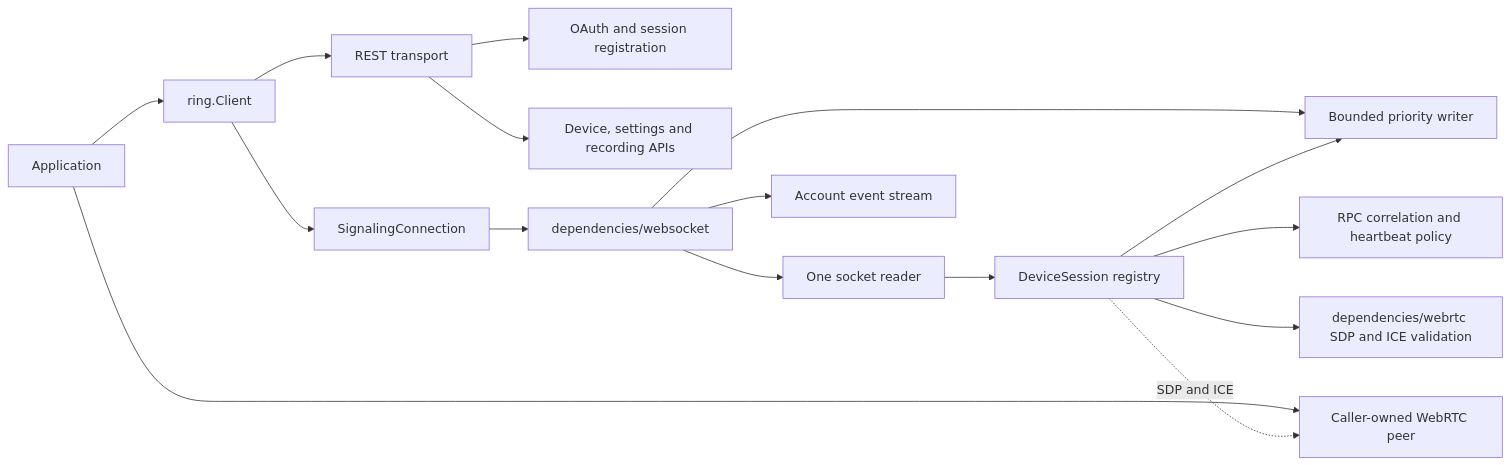
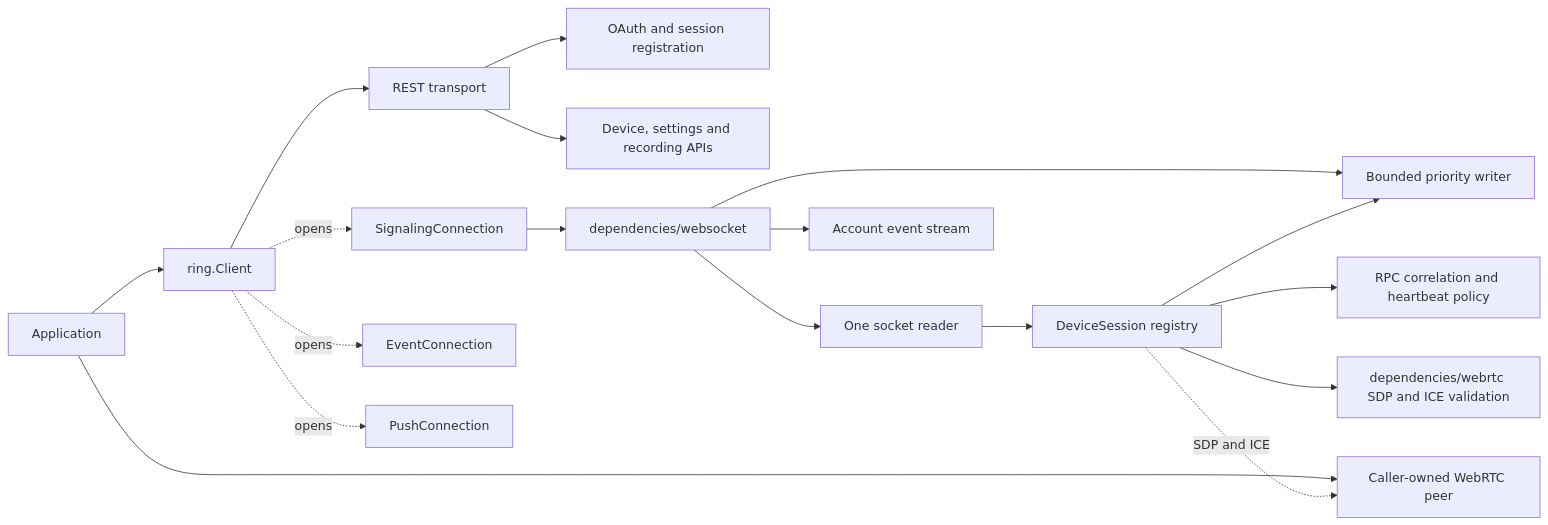
The diagram in docs/developer-facing/library-architecture.md (portpowered/go-ring), drawn with Mermaid before and after one commit. The commit also changed other lines of this file and 477 other files, not shown here.

````diff
--- a/docs/developer-facing/library-architecture.md
+++ b/docs/developer-facing/library-architecture.md
@@ -7,18 +7,20 @@
 ```mermaid
 flowchart LR
     App[Application] --> Client[ring.Client]
     Client --> HTTP[REST transport]
     HTTP --> OAuth[OAuth and session registration]
     HTTP --> API[Device, settings and recording APIs]
-    Client --> Connection[SignalingConnection]
+    Client -. opens .-> Connection[SignalingConnection]
+    Client -. opens .-> AccountEvents[EventConnection]
+    Client -. opens .-> Push[PushConnection]
     Connection --> Socket[dependencies/websocket]
     Socket --> Reader[One socket reader]
     Socket --> Events[Account event stream]
     Reader --> Sessions[DeviceSession registry]
     Socket --> Writer[Bounded priority writer]
     Sessions --> Writer
     Sessions --> RPC[RPC correlation and heartbeat policy]
     Sessions --> Media[dependencies/webrtc SDP and ICE validation]
     App --> Peer[Caller-owned WebRTC peer]
     Sessions -. SDP and ICE .-> Peer
 ```
````
